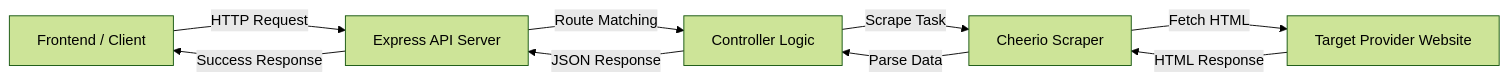
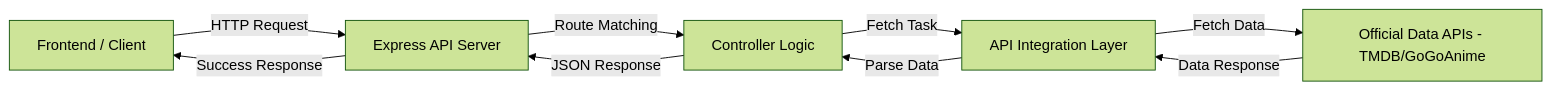
Before and after one commit to ig-ambesh/anistream: the diagram in README.md, drawn with Mermaid (forest theme). The commit also changed other lines of this file, not shown here.

````diff
--- a/README.md
+++ b/README.md
@@ -49,11 +36,11 @@
 ```mermaid
 graph LR
     User[Frontend / Client] -->|HTTP Request| API[Express API Server]
     API -->|Route Matching| Controller[Controller Logic]
-    Controller -->|Scrape Task| Scraper[Cheerio Scraper]
-    Scraper -->|Fetch HTML| Provider[Target Provider Website]
-    Provider -->|HTML Response| Scraper
-    Scraper -->|Parse Data| Controller
+    Controller -->|Fetch Task| Integration[API Integration Layer]
+    Integration -->|Fetch Data| Source[Official Data APIs - TMDB/GoGoAnime]
+    Source -->|Data Response| Integration
+    Integration -->|Parse Data| Controller
     Controller -->|JSON Response| API
     API -->|Success Response| User
 ```
````
